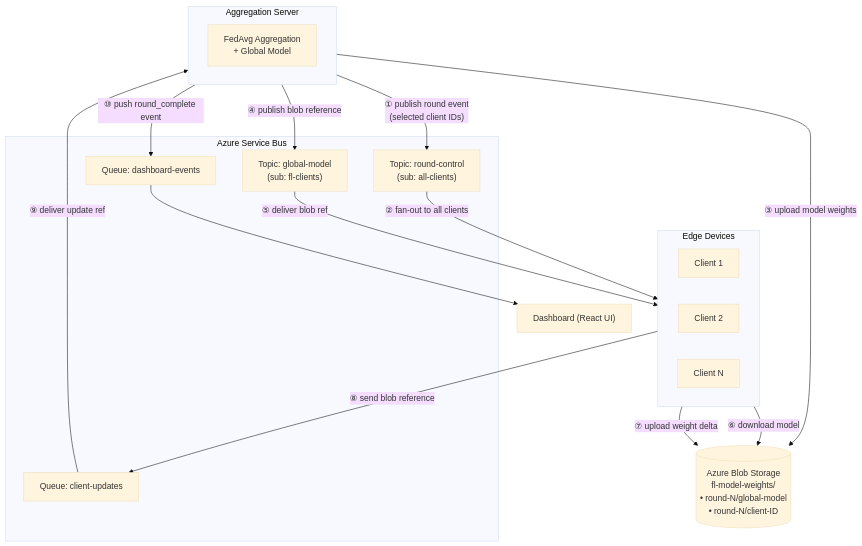
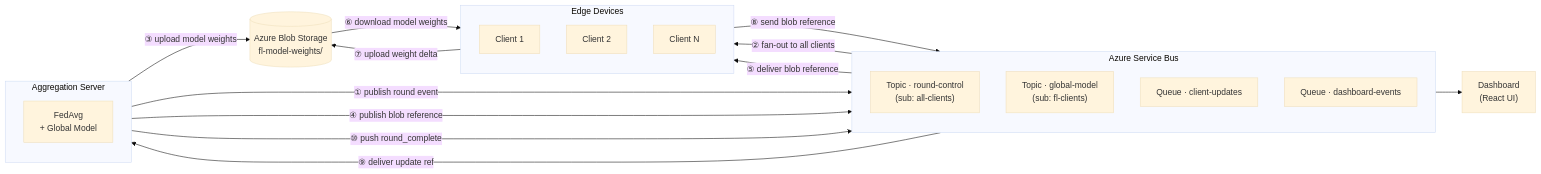
Before and after one commit to Kianmhz/Edge-Federated-Learning: the second of 3 diagrams in README.md, drawn with Mermaid (base theme).

Commit message:
Refactor Service Bus architecture diagram for clarity and improved readability

````diff
--- a/README.md
+++ b/README.md
@@ -111,35 +111,40 @@
 ```mermaid
-flowchart TD
+flowchart LR
     subgraph clients["Edge Devices"]
+        direction TB
         C1["Client 1"]
         C2["Client 2"]
         CN["Client N"]
     end
 
     subgraph asb["Azure Service Bus"]
-        RC["Topic: round-control\n(sub: all-clients)"]
-        GMt["Topic: global-model\n(sub: fl-clients)"]
-        CUQ["Queue: client-updates"]
-        DEQ["Queue: dashboard-events"]
+        direction TB
+        RC["Topic · round-control\n(sub: all-clients)"]
+        GMt["Topic · global-model\n(sub: fl-clients)"]
+        CUQ["Queue · client-updates"]
+        DEQ["Queue · dashboard-events"]
     end
 
-    BLOB[("Azure Blob Storage\nfl-model-weights/\n• round-N/global-model\n• round-N/client-ID")]
+    BLOB[("Azure Blob Storage\nfl-model-weights/")]
 
     subgraph server["Aggregation Server"]
-        FA["FedAvg Aggregation\n+ Global Model"]
+        FA["FedAvg\n+ Global Model"]
     end
 
-    D["Dashboard (React UI)"]
+    D["Dashboard\n(React UI)"]
 
-    server -- "① publish round event\n(selected client IDs)" --> RC
-    RC -- "② fan-out to all clients" --> clients
-    server -- "③ upload model weights" --> BLOB
-    server -- "④ publish blob reference" --> GMt
-    GMt -- "⑤ deliver blob ref" --> clients
-    clients -- "⑥ download model" --> BLOB
-    clients -- "⑦ upload weight delta" --> BLOB
-    clients -- "⑧ send blob reference" --> CUQ
-    CUQ -- "⑨ deliver update ref" --> server
-    server -- "⑩ push round_complete event" --> DEQ
+    server  -- "① publish round event"    --> RC
+    RC      -- "② fan-out to all clients" --> clients
+
+    server  -- "③ upload model weights"   --> BLOB
+    server  -- "④ publish blob reference" --> GMt
+    GMt     -- "⑤ deliver blob reference" --> clients
+    BLOB    -- "⑥ download model weights" --> clients
+
+    clients -- "⑦ upload weight delta"    --> BLOB
+    clients -- "⑧ send blob reference"    --> CUQ
+    CUQ     -- "⑨ deliver update ref"     --> server
+
+    server  -- "⑩ push round_complete"   --> DEQ
     DEQ --> D
 ```
````
